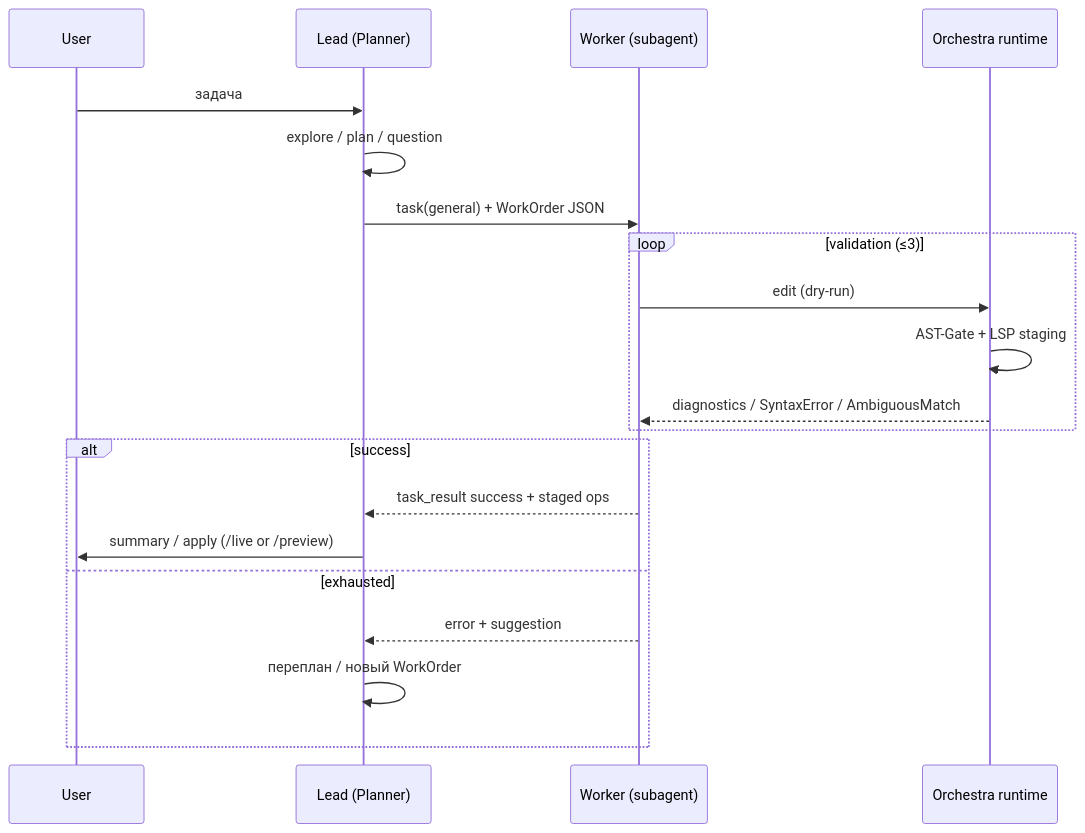
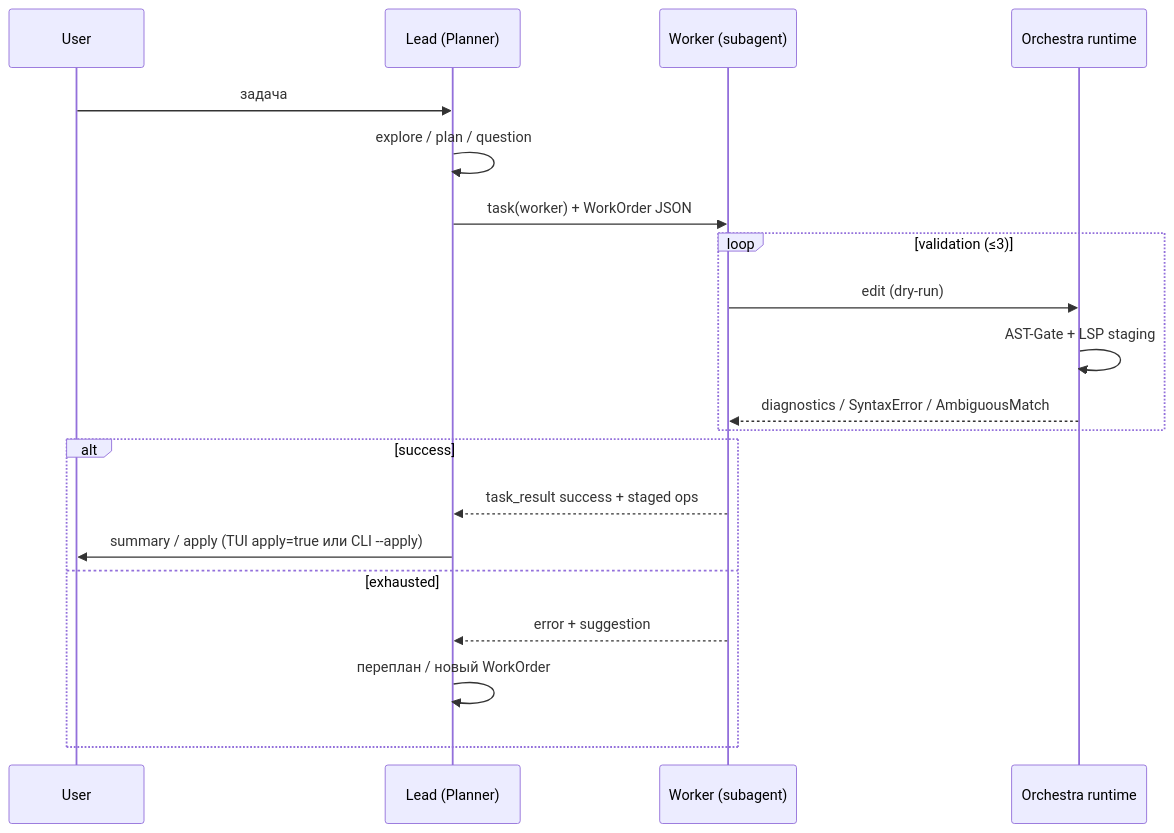
The diagram in docs/architecture/planner-worker.md (GreyKxtx/Orchestra), drawn with Mermaid before and after one commit. The commit also changed other lines of this file and 134 other files, not shown here.

First line of the commit message:
feat: Planner-Worker MVP, LSP hardening, TUI chrome, and E2E eval

````diff
--- a/docs/architecture/planner-worker.md
+++ b/docs/architecture/planner-worker.md
@@ -210,23 +210,23 @@
 ```mermaid
 sequenceDiagram
     participant U as User
     participant L as Lead (Planner)
     participant W as Worker (subagent)
     participant O as Orchestra runtime
 
     U->>L: задача
     L->>L: explore / plan / question
-    L->>W: task(general) + WorkOrder JSON
+    L->>W: task(worker) + WorkOrder JSON
     loop validation (≤3)
         W->>O: edit (dry-run)
         O->>O: AST-Gate + LSP staging
         O-->>W: diagnostics / SyntaxError / AmbiguousMatch
     end
     alt success
         W-->>L: task_result success + staged ops
-        L->>U: summary / apply (/live or /preview)
+        L->>U: summary / apply (TUI apply=true или CLI --apply)
     else exhausted
         W-->>L: error + suggestion
         L->>L: переплан / новый WorkOrder
     end
 ```
````
